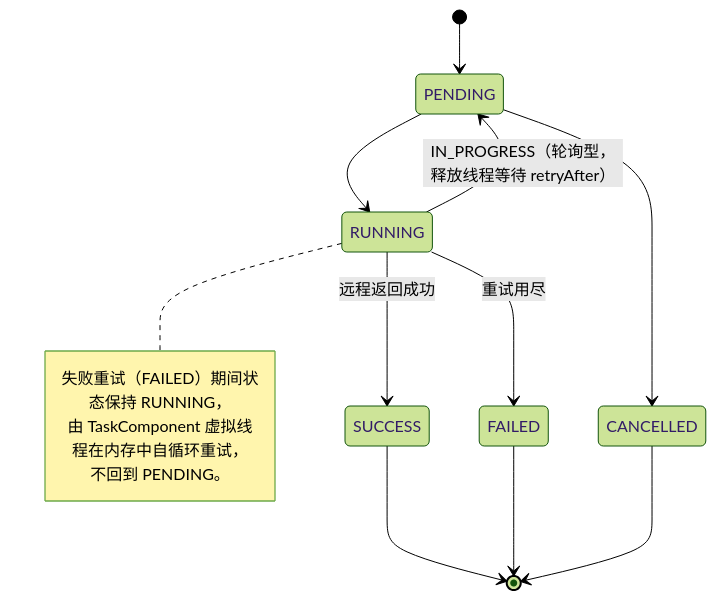
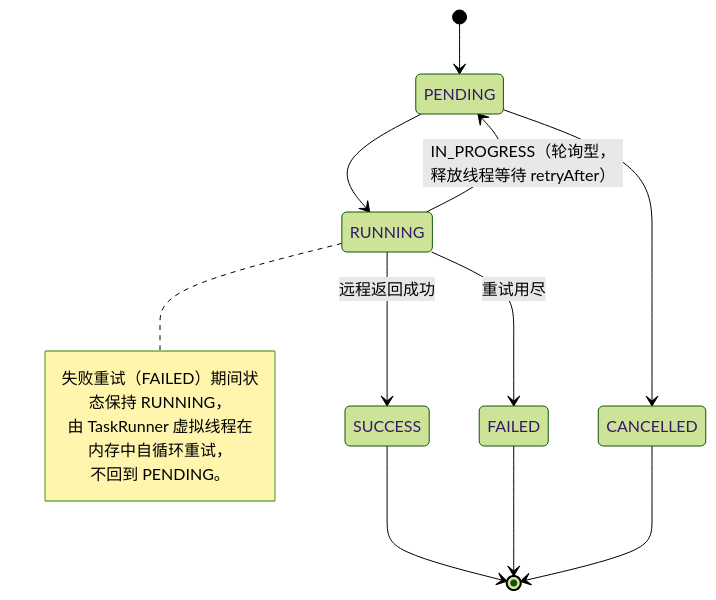
One commit to ravenmk3/fizz changed the second of 3 diagrams in docs/database-design.md. Above: the diagram before and after it, drawn with Mermaid (forest theme). The commit also changed 84 other files, not shown here.

````diff
--- a/docs/database-design.md
+++ b/docs/database-design.md
@@ -230,18 +230,18 @@
 ```mermaid
 stateDiagram-v2
     [*] --> PENDING
     PENDING --> RUNNING
     PENDING --> CANCELLED
     RUNNING --> SUCCESS : 远程返回成功
     RUNNING --> PENDING : IN_PROGRESS（轮询型，释放线程等待 retryAfter）
     RUNNING --> FAILED : 重试用尽
 
     note right of RUNNING
         失败重试（FAILED）期间状态保持 RUNNING，
-        由 TaskComponent 虚拟线程在内存中自循环重试，
+        由 TaskRunner 虚拟线程在内存中自循环重试，
         不回到 PENDING。
     end note
     SUCCESS --> [*]
     FAILED --> [*]
     CANCELLED --> [*]
 ```
````
